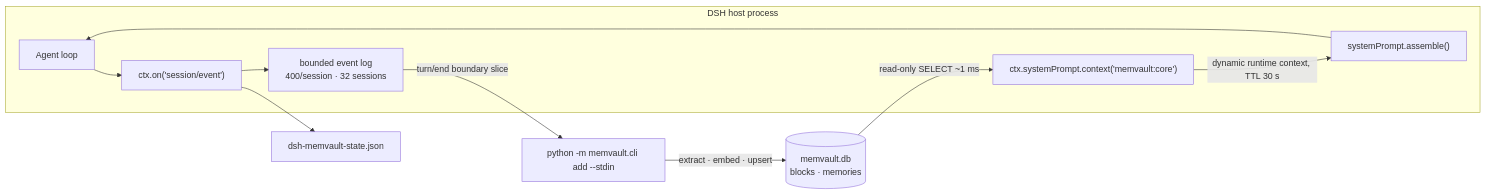
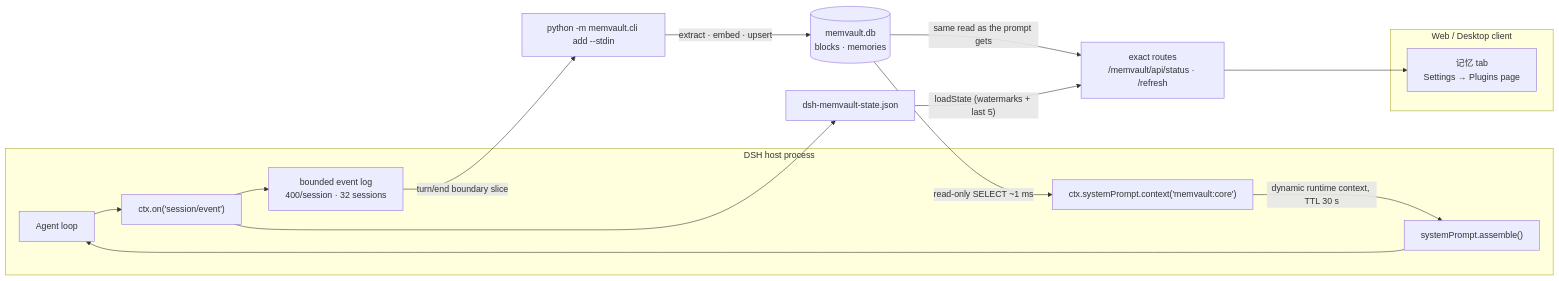
One commit to zhang66633/dsh-memvault changed the diagram in README.md. Above: the diagram before and after it, drawn with Mermaid. The commit also changed other lines of this file and 11 other files, not shown here.

First line of the commit message:
feat(panel): a memory panel in the GUI, served by two exact host routes

````diff
--- a/README.md
+++ b/README.md
@@ -122,24 +145,32 @@
 ```mermaid
 flowchart LR
   subgraph HOST["DSH host process"]
     LOOP["Agent loop"]
     ASM["systemPrompt.assemble()"]
     CTX["ctx.systemPrompt.context('memvault:core')"]
     HOOK["ctx.on('session/event')"]
     BUFF["bounded event log<br/>400/session · 32 sessions"]
+  end
+
+  subgraph BROWSER["Web / Desktop client"]
+    TAB["记忆 tab<br/>Settings → Plugins page"]
   end
 
   DB[("memvault.db<br/>blocks · memories")]
   PY["python -m memvault.cli add --stdin"]
   STATE["dsh-memvault-state.json"]
 
   DB -->|"read-only SELECT ~1 ms"| CTX
   CTX -->|"dynamic runtime context, TTL 30 s"| ASM
   ASM --> LOOP
 
   LOOP --> HOOK
   HOOK --> BUFF
   BUFF -->|"turn/end boundary slice"| PY
   PY -->|"extract · embed · upsert"| DB
   HOOK --> STATE
+
+  STATE -->|"loadState (watermarks + last 5)"| API["exact routes<br/>/memvault/api/status · /refresh"]
+  DB -->|"same read as the prompt gets"| API
+  API --> TAB
 ```
````
